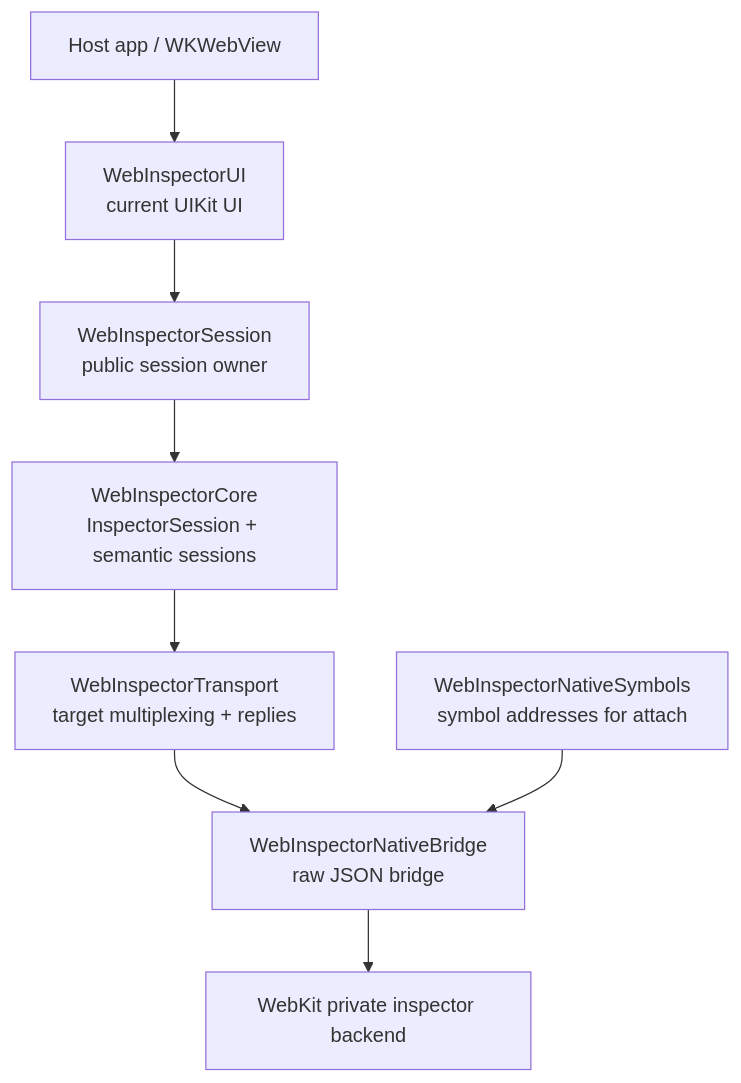
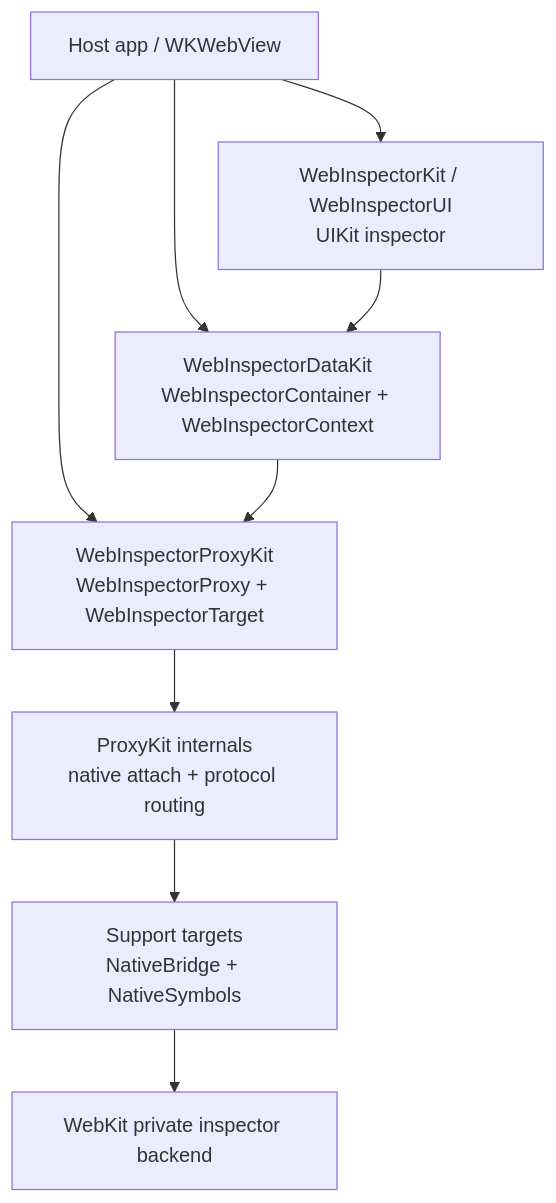
One commit to lynnswap/WebInspectorKit changed the first of 3 diagrams in Docs/ArchitectureOverview.md. Above: the diagram before and after it, drawn with Mermaid. The commit also changed other lines of this file and 11 other files, not shown here.

````diff
--- a/Docs/ArchitectureOverview.md
+++ b/Docs/ArchitectureOverview.md
@@ -29,19 +31,19 @@
 ```mermaid
 flowchart TD
     Host["Host app / WKWebView"]
-    UI["WebInspectorUI<br/>current UIKit UI"]
-    PublicSession["WebInspectorSession<br/>public session owner"]
-    Core["WebInspectorCore<br/>InspectorSession + semantic sessions"]
-    Transport["WebInspectorTransport<br/>target multiplexing + replies"]
-    Bridge["WebInspectorNativeBridge<br/>raw JSON bridge"]
-    Symbols["WebInspectorNativeSymbols<br/>symbol addresses for attach"]
+    Proxy["WebInspectorProxyKit<br/>WebInspectorProxy + WebInspectorTarget"]
+    Data["WebInspectorDataKit<br/>WebInspectorContainer + WebInspectorContext"]
+    UI["WebInspectorKit / WebInspectorUI<br/>UIKit inspector"]
+    Native["ProxyKit internals<br/>native attach + protocol routing"]
+    Bridge["Support targets<br/>NativeBridge + NativeSymbols"]
     WebKit["WebKit private inspector backend"]
 
+    Host --> Proxy
+    Host --> Data
     Host --> UI
-    UI --> PublicSession
-    PublicSession --> Core
-    Core --> Transport
-    Transport --> Bridge
+    UI --> Data
+    Data --> Proxy
+    Proxy --> Native
+    Native --> Bridge
     Bridge --> WebKit
-    Symbols --> Bridge
 ```
````
